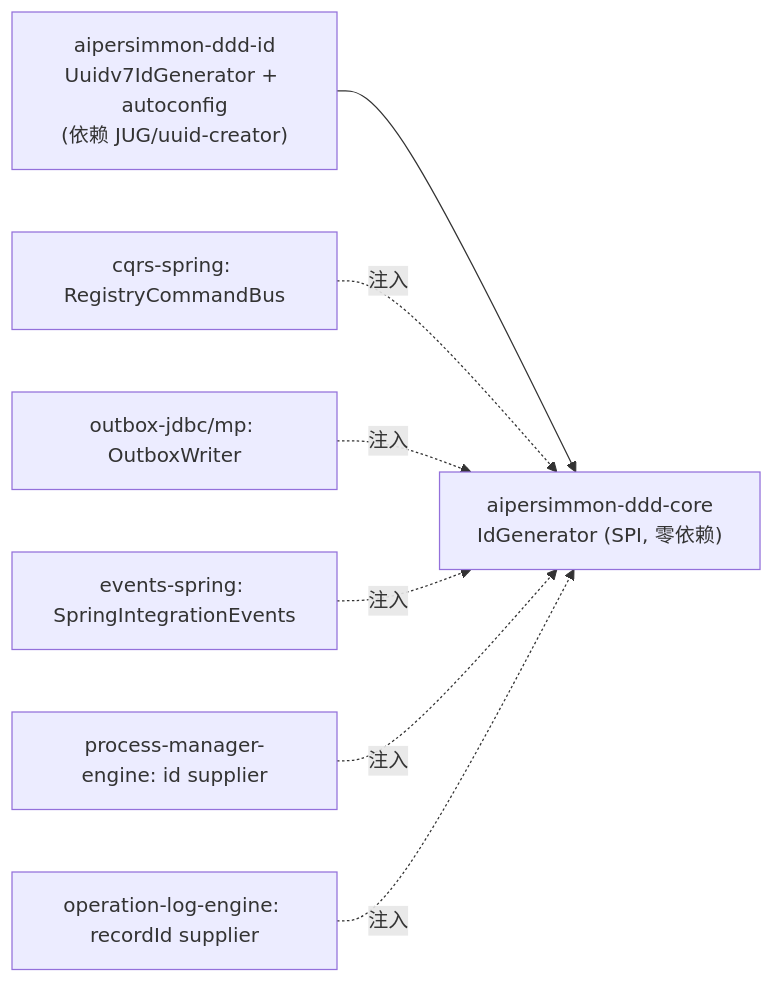
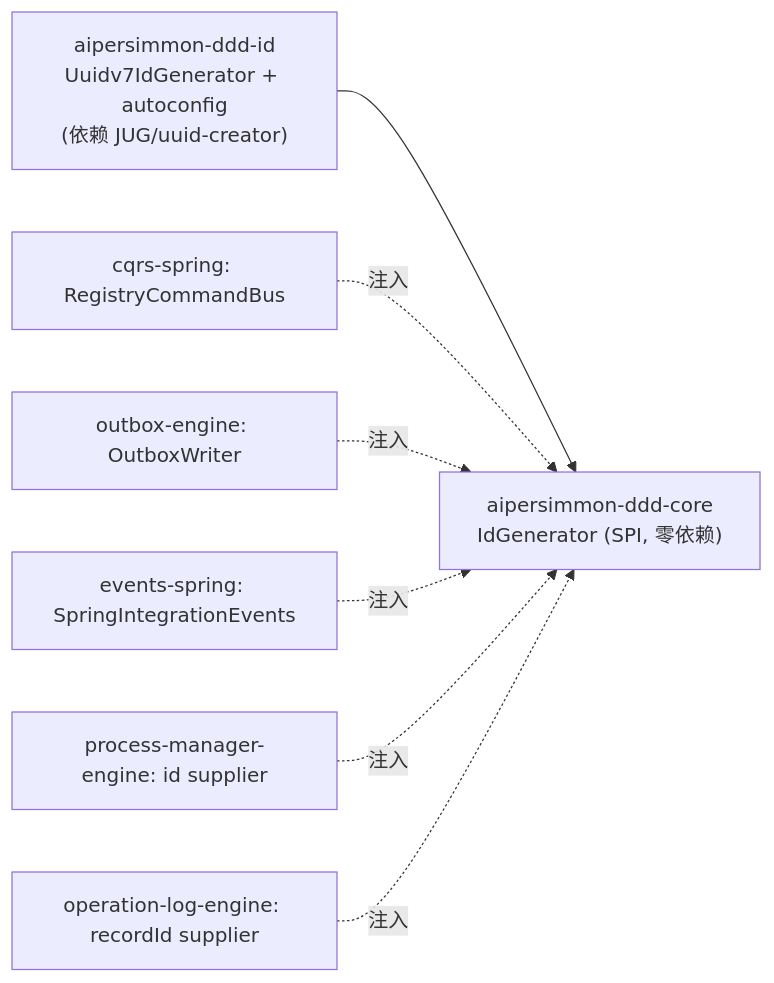
One commit to ryan-alexander-zhang/ai-native-project-template changed the diagram in docs/design/design-00010-time-ordered-identifiers.md. Above: the diagram before and after it, drawn with Mermaid. The commit also changed other lines of this file and 375 other files, not shown here.

````diff
--- a/docs/design/design-00010-time-ordered-identifiers.md
+++ b/docs/design/design-00010-time-ordered-identifiers.md
@@ -20,11 +20,11 @@
 ```mermaid
 flowchart LR
   core["aipersimmon-ddd-core<br/>IdGenerator (SPI, 零依赖)"]
   id["aipersimmon-ddd-id<br/>Uuidv7IdGenerator + autoconfig<br/>(依赖 JUG/uuid-creator)"]
   id --> core
   cqrs["cqrs-spring: RegistryCommandBus"] -.注入.-> core
-  ob["outbox-jdbc/mp: OutboxWriter"] -.注入.-> core
+  ob["outbox-engine: OutboxWriter"] -.注入.-> core
   ev["events-spring: SpringIntegrationEvents"] -.注入.-> core
   pm["process-manager-engine: id supplier"] -.注入.-> core
   ol["operation-log-engine: recordId supplier"] -.注入.-> core
 ```
````
